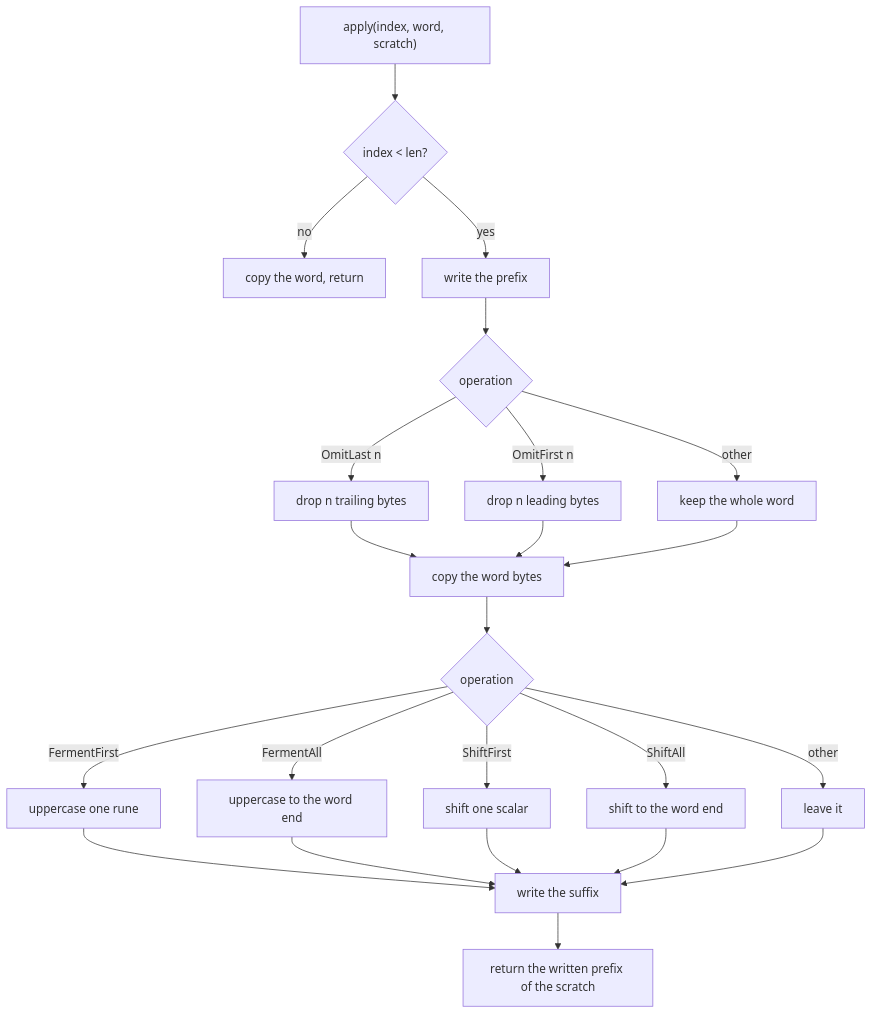
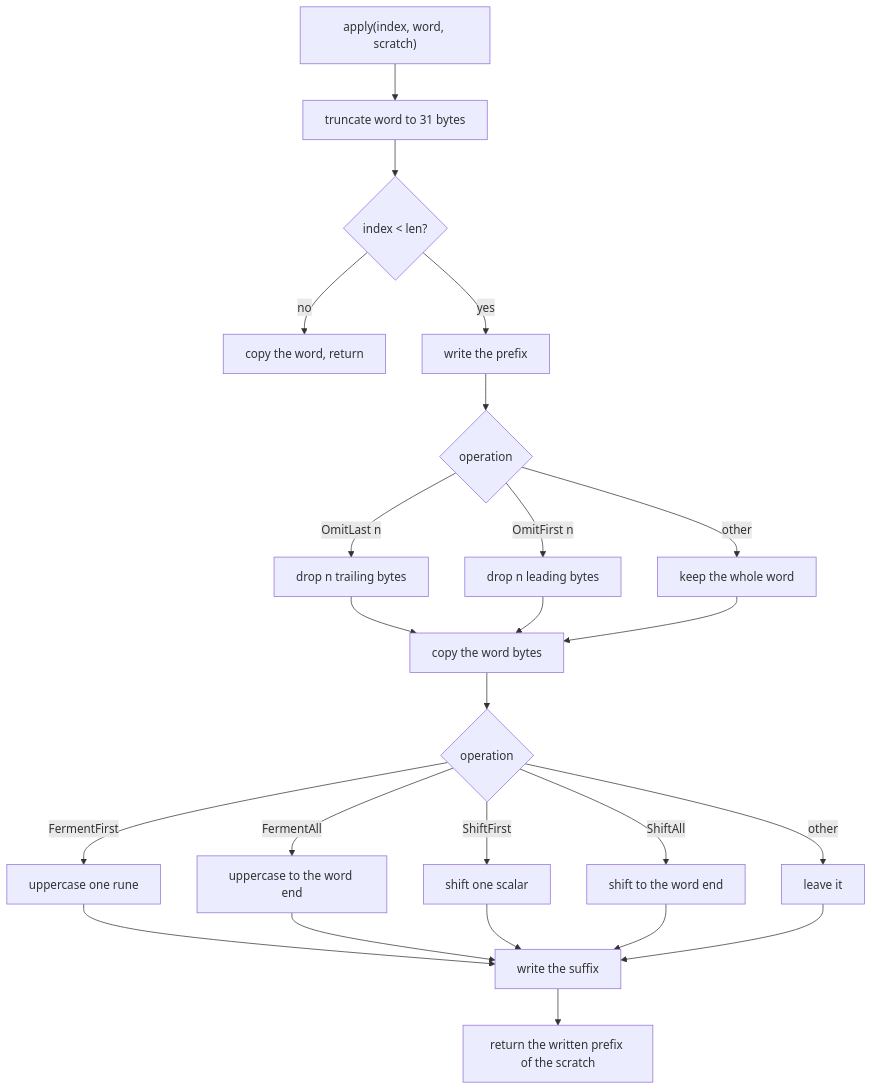
One commit to Mnwa/mbrotli changed the third of 3 diagrams in architecture/serialized-dictionary.md. Above: the diagram before and after it, drawn with Mermaid. The commit also changed other lines of this file and 17 other files, not shown here.

````diff
--- a/architecture/serialized-dictionary.md
+++ b/architecture/serialized-dictionary.md
@@ -135,25 +140,26 @@
 ```mermaid
 flowchart TD
-    start["apply(index, word, scratch)"] --> bounds{"index < len?"}
+    start["apply(index, word, scratch)"] --> truncate["truncate word to 31 bytes"]
+    truncate --> bounds{"index < len?"}
     bounds -- no --> copy["copy the word, return"]
     bounds -- yes --> pre["write the prefix"]
     pre --> narrow{"operation"}
     narrow -- "OmitLast n" --> cut["drop n trailing bytes"]
     narrow -- "OmitFirst n" --> skip["drop n leading bytes"]
     narrow -- other --> whole["keep the whole word"]
     cut --> body["copy the word bytes"]
     skip --> body
     whole --> body
     body --> rewrite{"operation"}
     rewrite -- FermentFirst --> f1["uppercase one rune"]
     rewrite -- FermentAll --> fa["uppercase to the word end"]
     rewrite -- ShiftFirst --> s1["shift one scalar"]
     rewrite -- ShiftAll --> sa["shift to the word end"]
     rewrite -- other --> none["leave it"]
     f1 --> suf["write the suffix"]
     fa --> suf
     s1 --> suf
     sa --> suf
     none --> suf
     suf --> out["return the written prefix of the scratch"]
 ```
````
